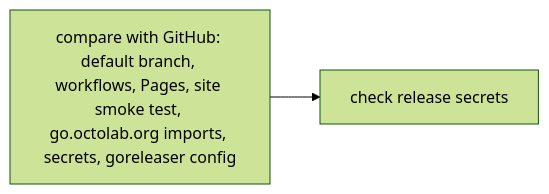
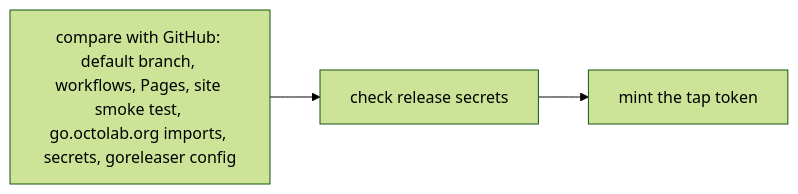
The sixth of 10 diagrams in .github/workflows/README.md (octomation/maintainer), drawn with Mermaid (forest theme) before and after one commit. The commit also changed other lines of this file and 4 other files, not shown here.

````diff
--- a/.github/workflows/README.md
+++ b/.github/workflows/README.md
@@ -172,4 +195,4 @@
 ```mermaid
 flowchart LR
-  doctor[compare with GitHub: default branch, workflows, Pages, site smoke test, go.octolab.org imports, secrets, goreleaser config] --> preflight[check release secrets]
+  doctor[compare with GitHub: default branch, workflows, Pages, site smoke test, go.octolab.org imports, secrets, goreleaser config] --> preflight[check release secrets] --> token[mint the tap token]
 ```
````
